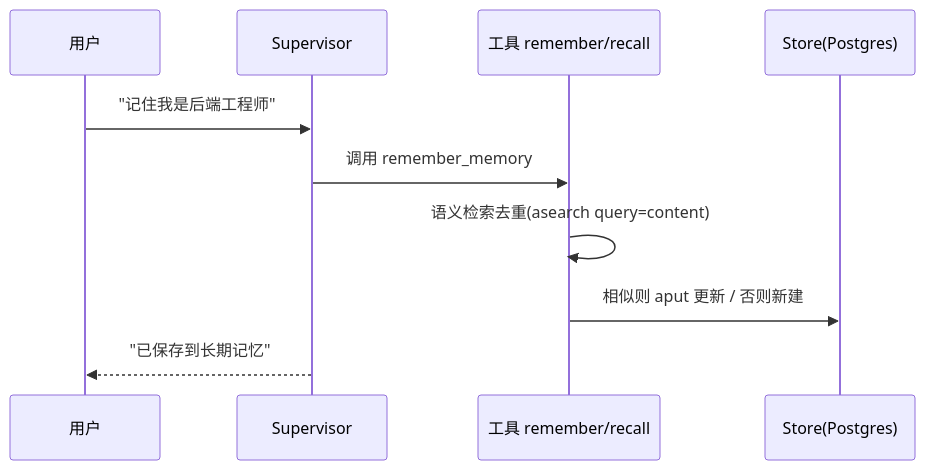
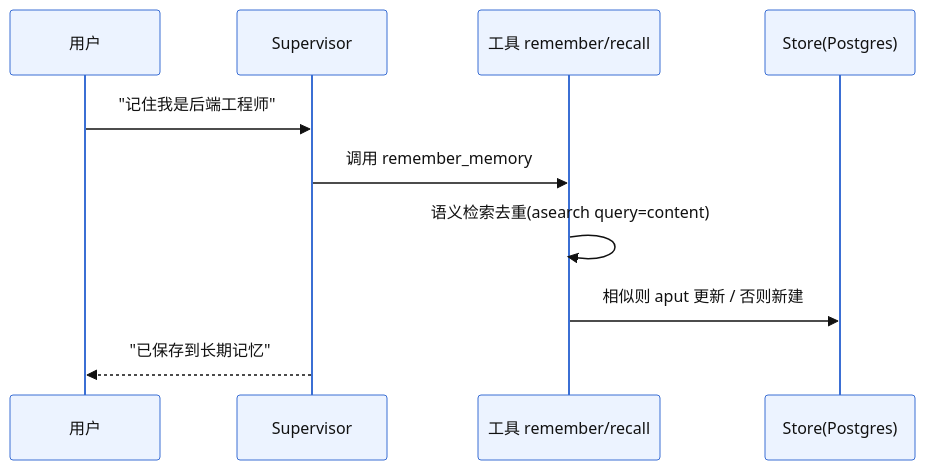
The seventh of 8 diagrams in docs/EXPLAIN.md (Zhuliqx/Agentchat), drawn with Mermaid before and after one commit. The commit also changed other lines of this file and 5 other files, not shown here.

Commit message:
优化mermaid图

````diff
--- a/docs/EXPLAIN.md
+++ b/docs/EXPLAIN.md
@@ -458,12 +480,13 @@
 ```mermaid
+%%{init: {"theme":"base", "themeVariables": {"primaryColor":"#ecf3ff", "primaryBorderColor":"#3b6fd4", "primaryTextColor":"#111", "lineColor":"#7a7a7a", "fontSize":"14px", "clusterBkg":"#f7f8fa", "clusterBorder":"#c4c9d2", "secondaryColor":"#fef9ef", "tertiaryColor":"#f2f7f2", "actorBkg":"#ecf3ff", "actorBorder":"#3b6fd4", "noteBkg":"#fef9ef"}}}%%
 sequenceDiagram
     participant U as 用户
     participant S as Supervisor
     participant T as 工具 remember/recall
     participant ST as Store(Postgres)
     U->>S: "记住我是后端工程师"
     S->>T: 调用 remember_memory
     T->>T: 语义检索去重(asearch query=content)
     T->>ST: 相似则 aput 更新 / 否则新建
     S-->>U: "已保存到长期记忆"
 ```
````
